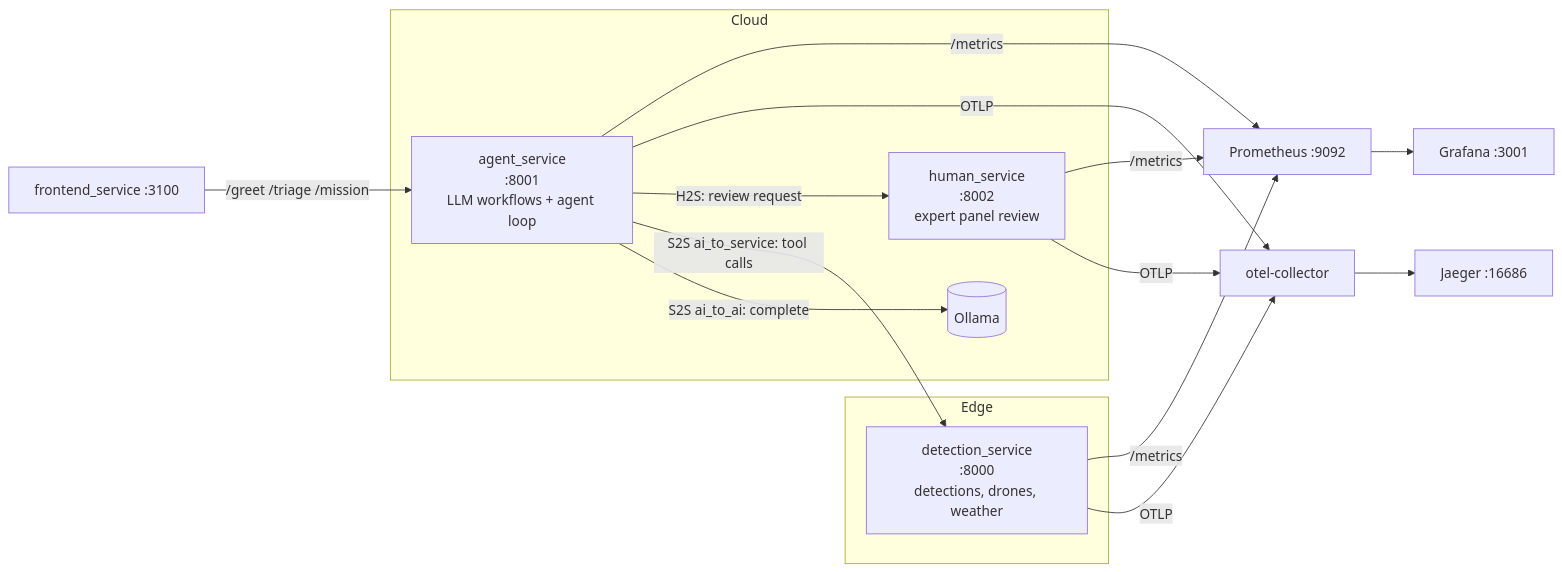
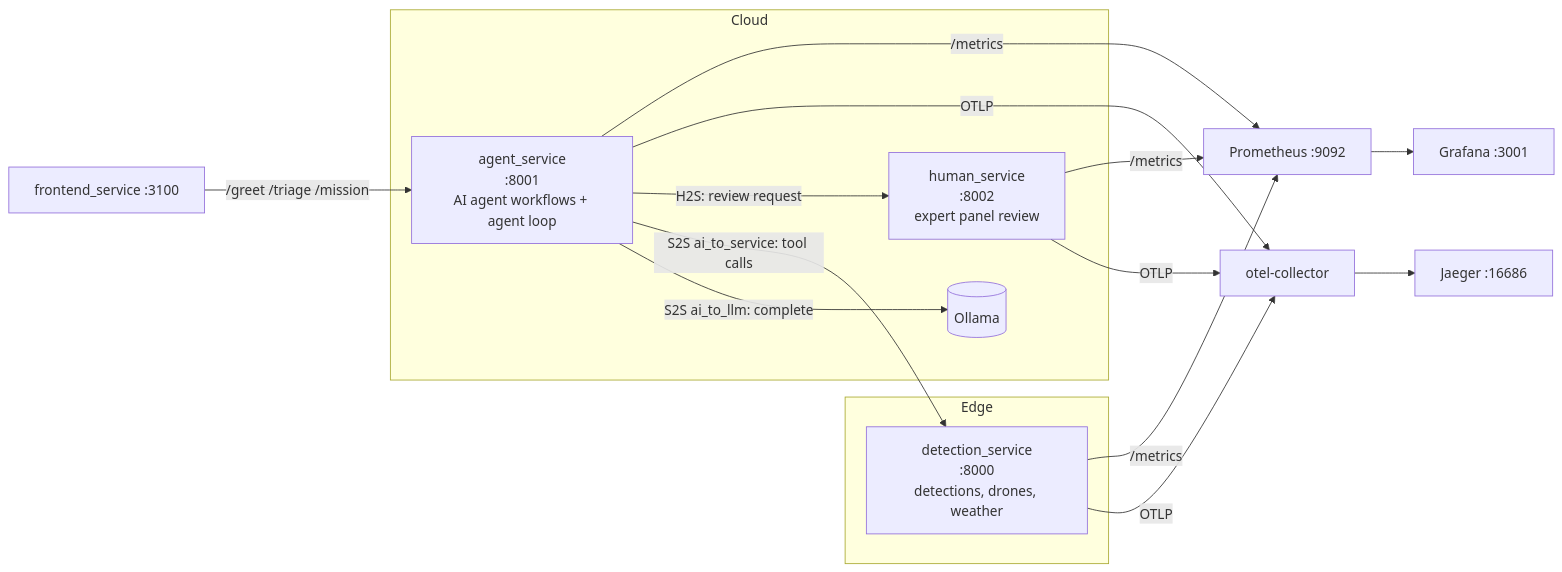
One commit to rdsea/sys4bigml changed the diagram in tutorials/hisllmintegration/README.md. Above: the diagram before and after it, drawn with Mermaid. The commit also changed other lines of this file and 13 other files, not shown here.

````diff
--- a/tutorials/hisllmintegration/README.md
+++ b/tutorials/hisllmintegration/README.md
@@ -44,17 +43,17 @@
 ```mermaid
 flowchart LR
     subgraph edge [Edge]
         D[detection_service<br/>:8000<br/>detections, drones, weather]
     end
     subgraph cloud [Cloud]
-        A[agent_service<br/>:8001<br/>LLM workflows + agent loop]
+        A[agent_service<br/>:8001<br/>AI agent workflows + agent loop]
         H[human_service<br/>:8002<br/>expert panel review]
         L[(Ollama)]
     end
     F[frontend_service :3100] -->|/greet /triage /mission| A
-    A -->|S2S ai_to_ai: complete| L
+    A -->|S2S ai_to_llm: complete| L
     A -->|S2S ai_to_service: tool calls| D
     A -->|H2S: review request| H
     A & D & H -->|OTLP| C[otel-collector] --> J[Jaeger :16686]
     A & D & H -->|/metrics| P[Prometheus :9092] --> G[Grafana :3001]
 ```
````
